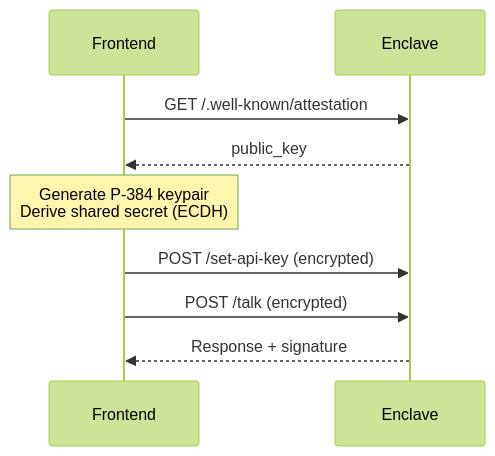
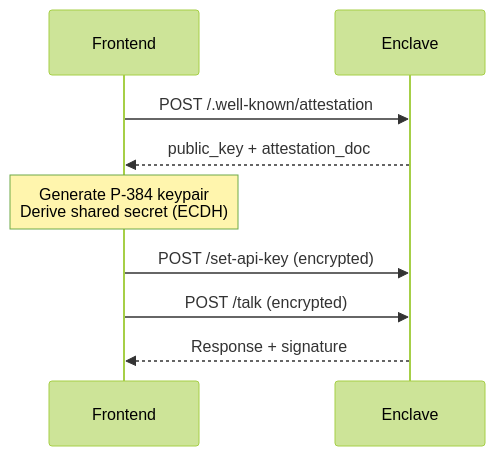
Before and after one commit to sparsity-xyz/sparsity-nova-examples: the second of 2 diagrams in secured-chat-bot/README.md, drawn with Mermaid (forest theme). The commit also changed other lines of this file, not shown here.

````diff
--- a/secured-chat-bot/README.md
+++ b/secured-chat-bot/README.md
@@ -143,12 +110,12 @@
 ```mermaid
 sequenceDiagram
     participant F as Frontend
     participant E as Enclave
     
-    F->>E: GET /.well-known/attestation
-    E-->>F: public_key
+    F->>E: POST /.well-known/attestation
+    E-->>F: public_key + attestation_doc
     Note over F: Generate P-384 keypair<br/>Derive shared secret (ECDH)
     F->>E: POST /set-api-key (encrypted)
     F->>E: POST /talk (encrypted)
     E-->>F: Response + signature
 ```
````
